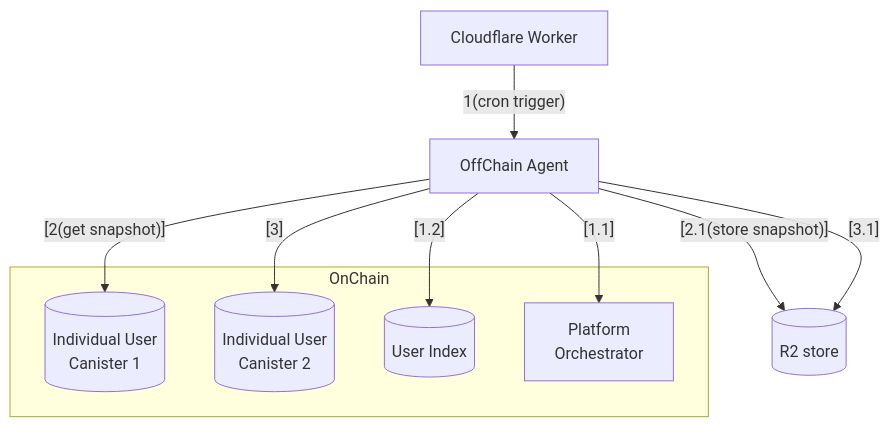
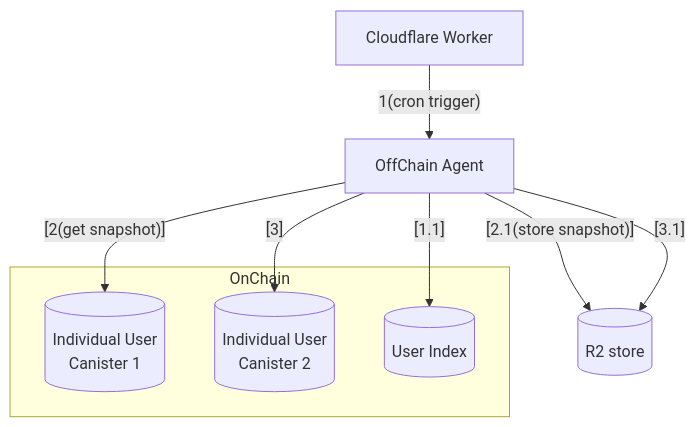
The first of 2 diagrams in README.md (dolr-ai/off-chain-agent), drawn with Mermaid before and after one commit. The commit also changed 6 other files, not shown here.

Commit message:
chore: remove deprecated platform orchestrator canister logic

````diff
--- a/README.md
+++ b/README.md
@@ -18,27 +18,24 @@
 ```mermaid
 flowchart TD
     IndividualCansiter1[(Individual User <br>Canister 1)]
     IndividualCansiter2[(Individual User <br>Canister 2)]
     UserIndex[(User Index)]
-    PlatformOrchestrator[Platform <br>Orchestrator]
     OffChainAgent[OffChain Agent]
     CFWorker[Cloudflare Worker]
     R2[(R2 store)]
 
-    OffChainAgent --[1.1]--> PlatformOrchestrator
-    OffChainAgent --[1.2]--> UserIndex
+    OffChainAgent --[1.1]--> UserIndex
     OffChainAgent --[2(get snapshot)]--> IndividualCansiter1
     OffChainAgent --[2.1(store snapshot)]--> R2
     OffChainAgent --[3]--> IndividualCansiter2
     OffChainAgent --[3.1]--> R2
 
     CFWorker -- 1(cron trigger) --> OffChainAgent
 
 
     subgraph OnChain
-        PlatformOrchestrator
         UserIndex
         IndividualCansiter1
         IndividualCansiter2
     end
 ```
````
